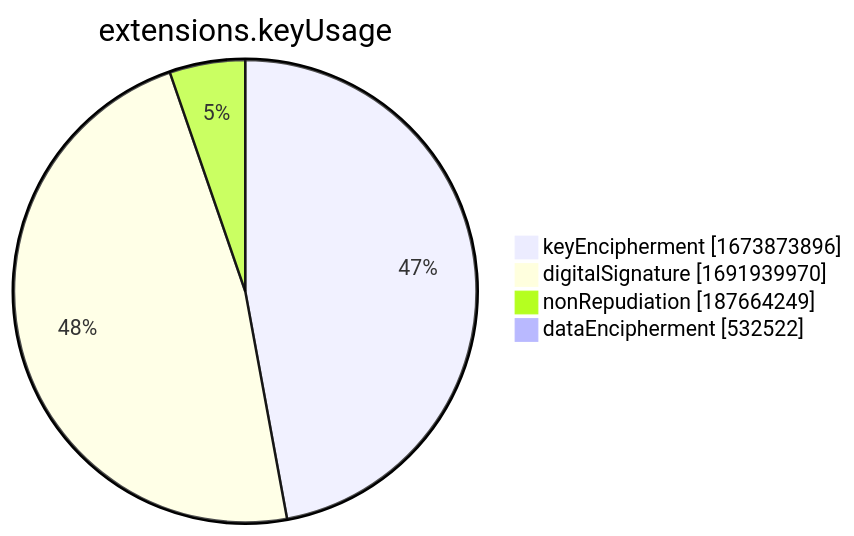
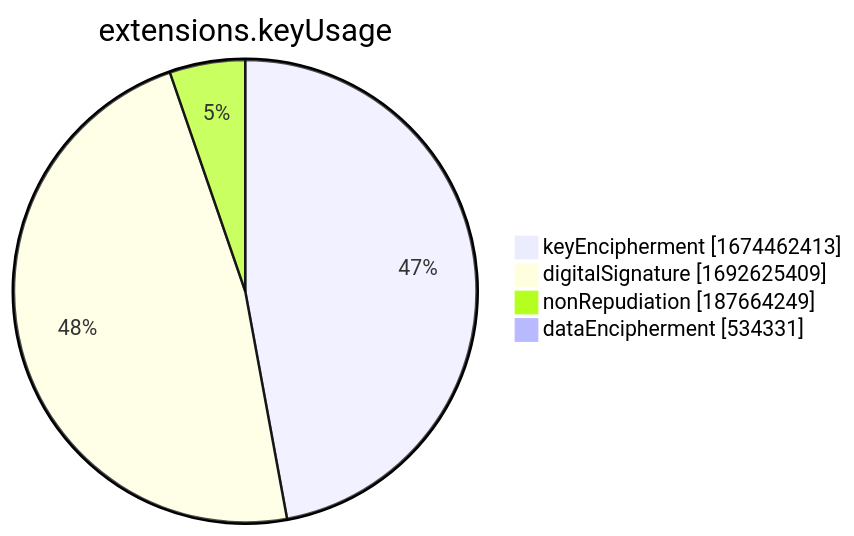
Before and after one commit to christiankrug/ctmonitor_visualization: the seventh of 15 diagrams in xenon2022/README.md, drawn with Mermaid. The commit also changed other lines of this file, not shown here.

````diff
--- a/xenon2022/README.md
+++ b/xenon2022/README.md
@@ -2857,8 +2857,8 @@
 ```mermaid
 pie showData
 title extensions.keyUsage
-"keyEncipherment" :1673873896
-"digitalSignature" :1691939970
+"keyEncipherment" :1674462413
+"digitalSignature" :1692625409
 "nonRepudiation" :187664249
-"dataEncipherment" :532522
+"dataEncipherment" :534331
 ```
````
